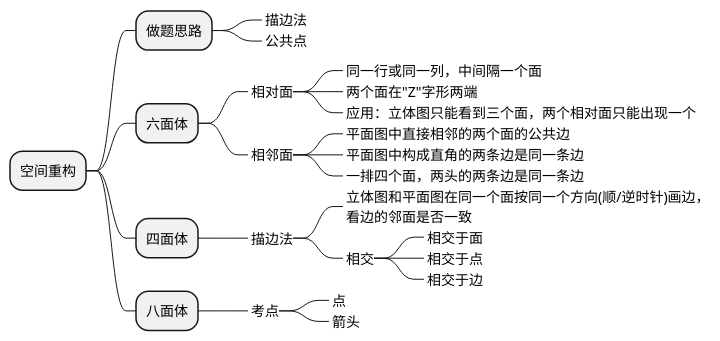
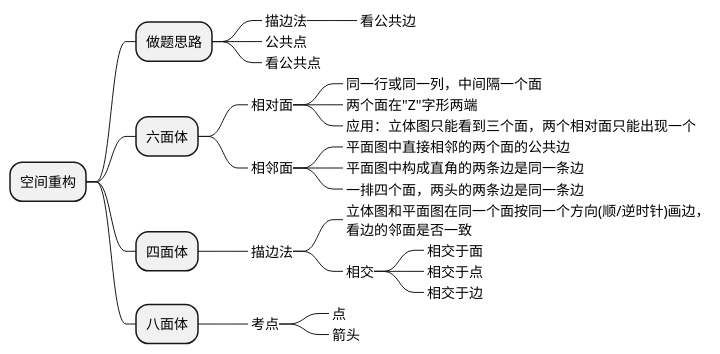
The sixth of 7 diagrams in source/_posts/math/gongkao-tuili.md (holmofy/blog.hufeifei.cn), drawn with PlantUML before and after one commit.

Commit message:
new page

````diff
--- a/source/_posts/math/gongkao-tuili.md
+++ b/source/_posts/math/gongkao-tuili.md
@@ -177,28 +177,30 @@
 ```puml
 @startmindmap
 * 空间重构
 ** 做题思路
 ***_ 描边法
+****_ 看公共边
 ***_ 公共点
+***_ 看公共点
 ** 六面体
 ***_ 相对面
 ****_ 同一行或同一列，中间隔一个面
 ****_ 两个面在"Z"字形两端
 ****_ 应用：立体图只能看到三个面，两个相对面只能出现一个
 ***_ 相邻面
 ****_ 平面图中直接相邻的两个面的公共边
 ****_ 平面图中构成直角的两条边是同一条边
 ****_ 一排四个面，两头的两条边是同一条边
 ** 四面体
 ***_ 描边法
 ****_ 立体图和平面图在同一个面按同一个方向(顺/逆时针)画边，\n看边的邻面是否一致
 ****_ 相交
 *****_ 相交于面
 *****_ 相交于点
 *****_ 相交于边
 ** 八面体
 ***_ 考点
 ****_ 点
 ****_ 箭头
 @endmindmap
 ```
````
